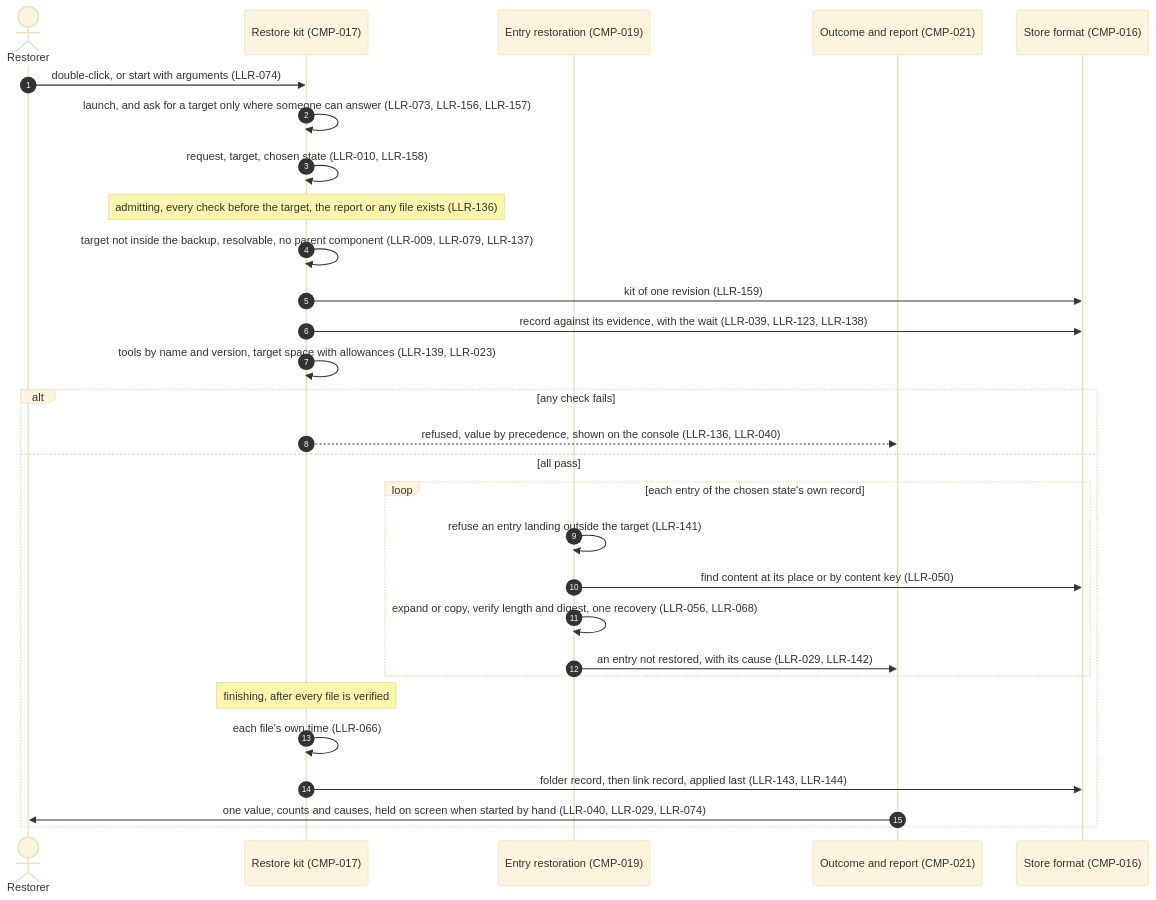
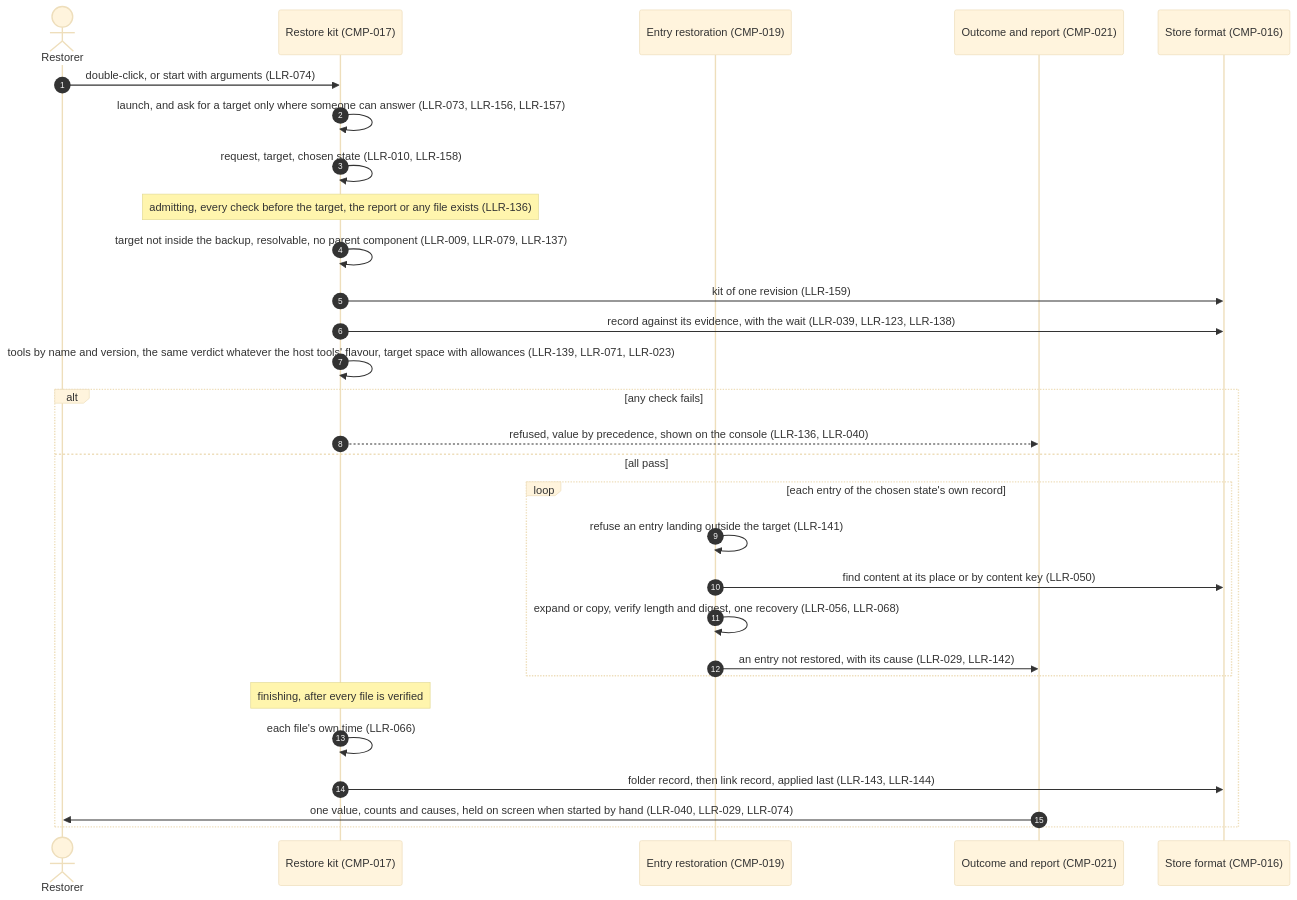
Before and after one commit to diytechy/FileBackup: the sixth of 9 diagrams in docs/runtime-flows.md, drawn with Mermaid (base theme). The commit also changed other lines of this file and 5 other files, not shown here.

````diff
--- a/docs/runtime-flows.md
+++ b/docs/runtime-flows.md
@@ -203,31 +213,31 @@
 ```mermaid
 sequenceDiagram
     autonumber
     actor U as Restorer
     participant Kit as Restore kit (CMP-017)
     participant Ent as Entry restoration (CMP-019)
     participant Out as Outcome and report (CMP-021)
     participant Store as Store format (CMP-016)
     U->>Kit: double-click, or start with arguments (LLR-074)
     Kit->>Kit: launch, and ask for a target only where someone can answer (LLR-073, LLR-156, LLR-157)
     Kit->>Kit: request, target, chosen state (LLR-010, LLR-158)
     Note over Kit: admitting, every check before the target, the report or any file exists (LLR-136)
     Kit->>Kit: target not inside the backup, resolvable, no parent component (LLR-009, LLR-079, LLR-137)
     Kit->>Store: kit of one revision (LLR-159)
     Kit->>Store: record against its evidence, with the wait (LLR-039, LLR-123, LLR-138)
-    Kit->>Kit: tools by name and version, target space with allowances (LLR-139, LLR-023)
+    Kit->>Kit: tools by name and version, the same verdict whatever the host tools' flavour, target space with allowances (LLR-139, LLR-071, LLR-023)
     alt any check fails
         Kit-->>Out: refused, value by precedence, shown on the console (LLR-136, LLR-040)
     else all pass
         loop each entry of the chosen state's own record
             Ent->>Ent: refuse an entry landing outside the target (LLR-141)
             Ent->>Store: find content at its place or by content key (LLR-050)
             Ent->>Ent: expand or copy, verify length and digest, one recovery (LLR-056, LLR-068)
             Ent->>Out: an entry not restored, with its cause (LLR-029, LLR-142)
         end
         Note over Kit: finishing, after every file is verified
         Kit->>Kit: each file's own time (LLR-066)
         Kit->>Store: folder record, then link record, applied last (LLR-143, LLR-144)
         Out->>U: one value, counts and causes, held on screen when started by hand (LLR-040, LLR-029, LLR-074)
     end
 ```
````
